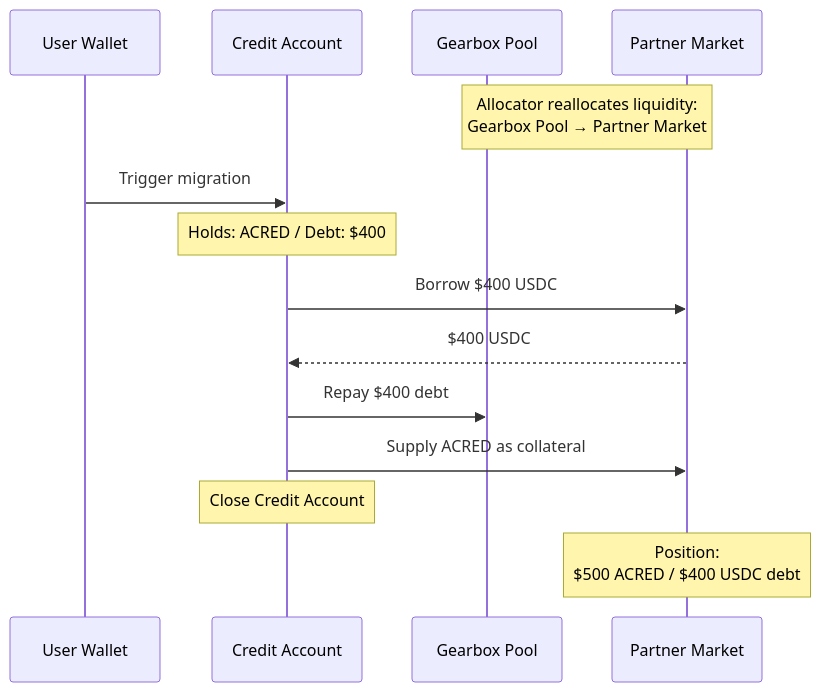
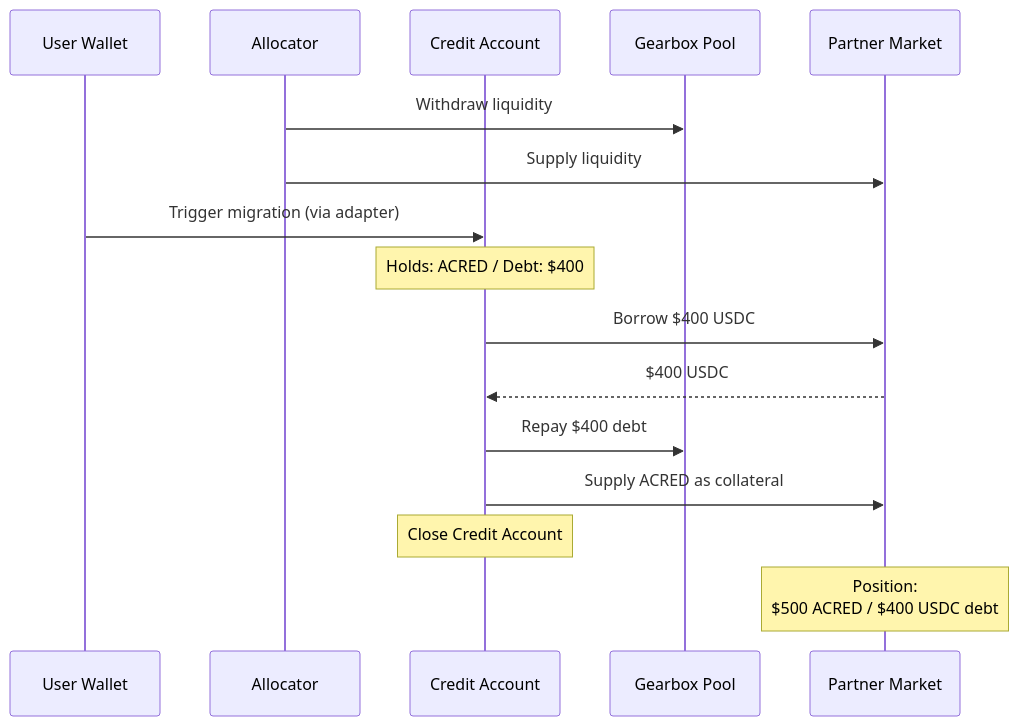
One commit to Gearbox-protocol/docs-knowledge changed the fifth of 10 diagrams in reference/usecase-faster-rwa-settlement-with-leverage.md. Above: the diagram before and after it, drawn with Mermaid. The commit also changed other lines of this file, not shown here.

First line of the commit message:
docs: contract-level consistency pass — Phase 2+4 diagrams

````diff
--- a/reference/usecase-faster-rwa-settlement-with-leverage.md
+++ b/reference/usecase-faster-rwa-settlement-with-leverage.md
@@ -227,17 +227,19 @@
 ```mermaid
 sequenceDiagram
     participant W as User Wallet
+    participant A as Allocator
     participant CA as Credit Account
     participant GP as Gearbox Pool
     participant PM as Partner Market
 
-    Note over GP,PM: Allocator reallocates liquidity:<br/>Gearbox Pool → Partner Market
-    W->>CA: Trigger migration
+    A->>GP: Withdraw liquidity
+    A->>PM: Supply liquidity
+    W->>CA: Trigger migration (via adapter)
     Note over CA: Holds: ACRED / Debt: $400
     CA->>PM: Borrow $400 USDC
     PM-->>CA: $400 USDC
     CA->>GP: Repay $400 debt
     CA->>PM: Supply ACRED as collateral
     Note over CA: Close Credit Account
     Note over PM: Position:<br/>$500 ACRED / $400 USDC debt
 ```
````
